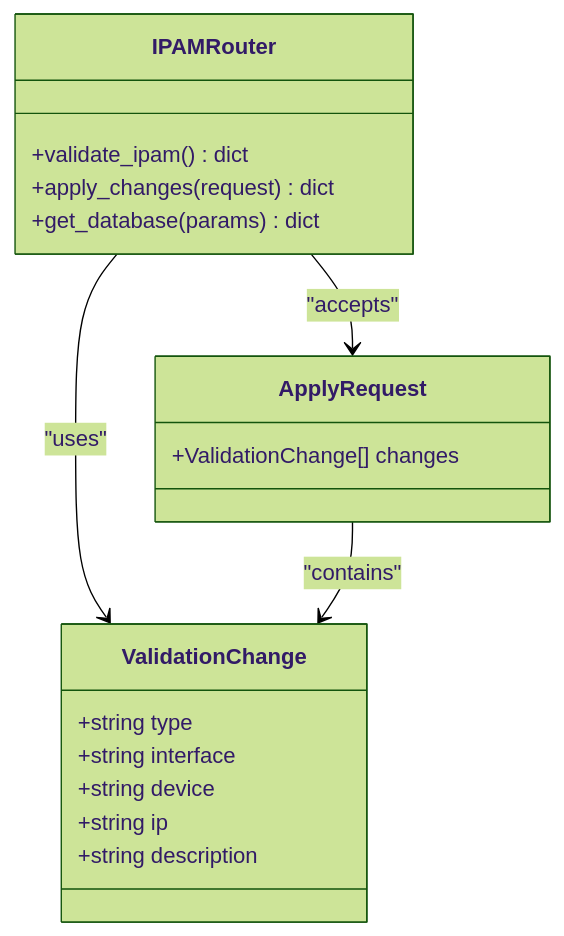
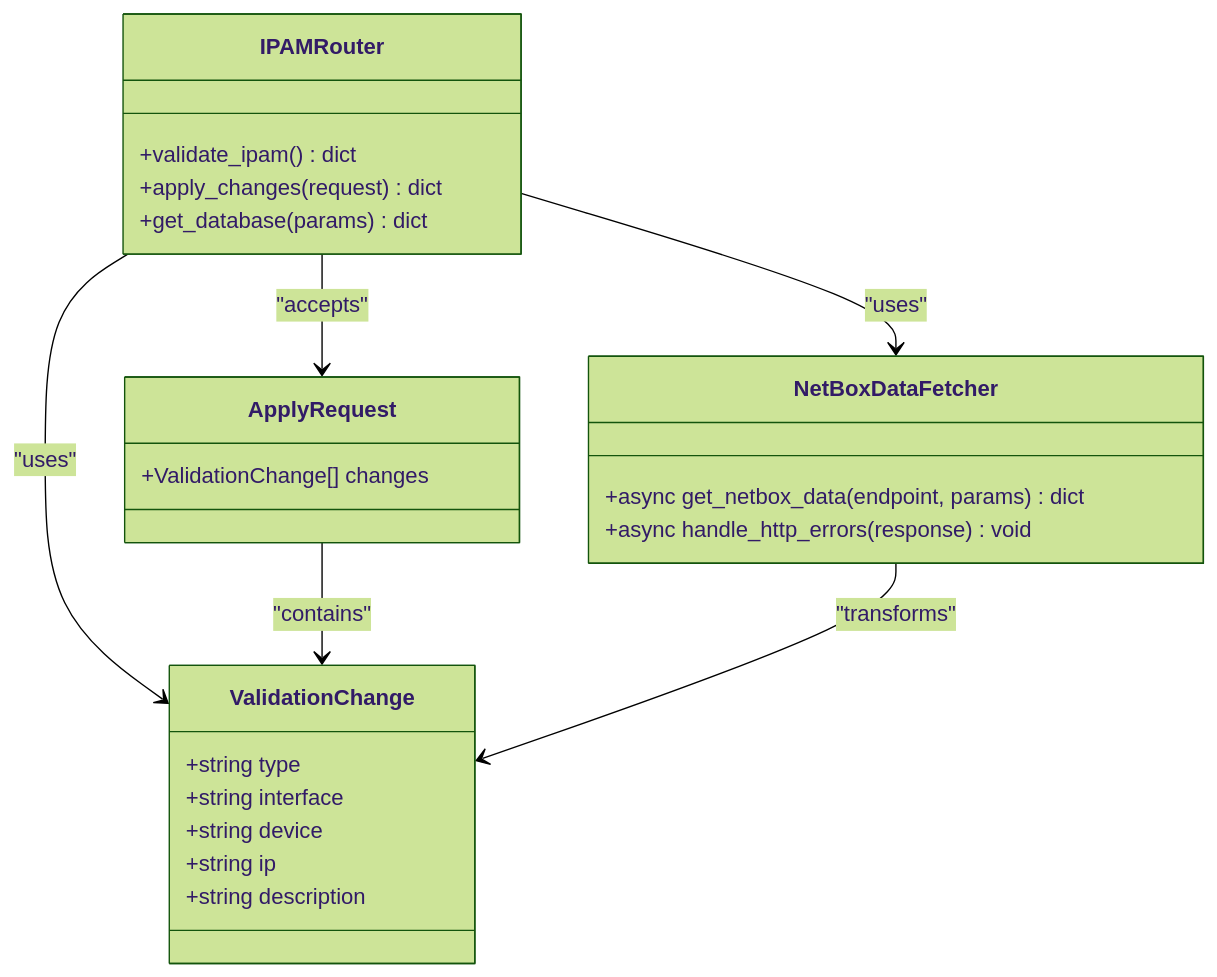
Before and after one commit to Nikita5543/New-SSO-02: the fourth of 8 diagrams in .qoder/repowiki/en/content/Built-in Plugins/IPAM Plugin.md, drawn with Mermaid (forest theme). The commit also changed other lines of this file and 3 other files, not shown here.

````diff
--- a/.qoder/repowiki/en/content/Built-in Plugins/IPAM Plugin.md
+++ b/.qoder/repowiki/en/content/Built-in Plugins/IPAM Plugin.md
@@ -201,21 +223,27 @@
 ```mermaid
 classDiagram
 class ValidationChange {
 +string type
 +string interface
 +string device
 +string ip
 +string description
 }
 class ApplyRequest {
 +ValidationChange[] changes
 }
+class NetBoxDataFetcher {
++async get_netbox_data(endpoint, params) dict
++async handle_http_errors(response) void
+}
 class IPAMRouter {
 +validate_ipam() dict
 +apply_changes(request) dict
 +get_database(params) dict
 }
 IPAMRouter --> ValidationChange : "uses"
 IPAMRouter --> ApplyRequest : "accepts"
+IPAMRouter --> NetBoxDataFetcher : "uses"
 ApplyRequest --> ValidationChange : "contains"
+NetBoxDataFetcher --> ValidationChange : "transforms"
 ```
````
